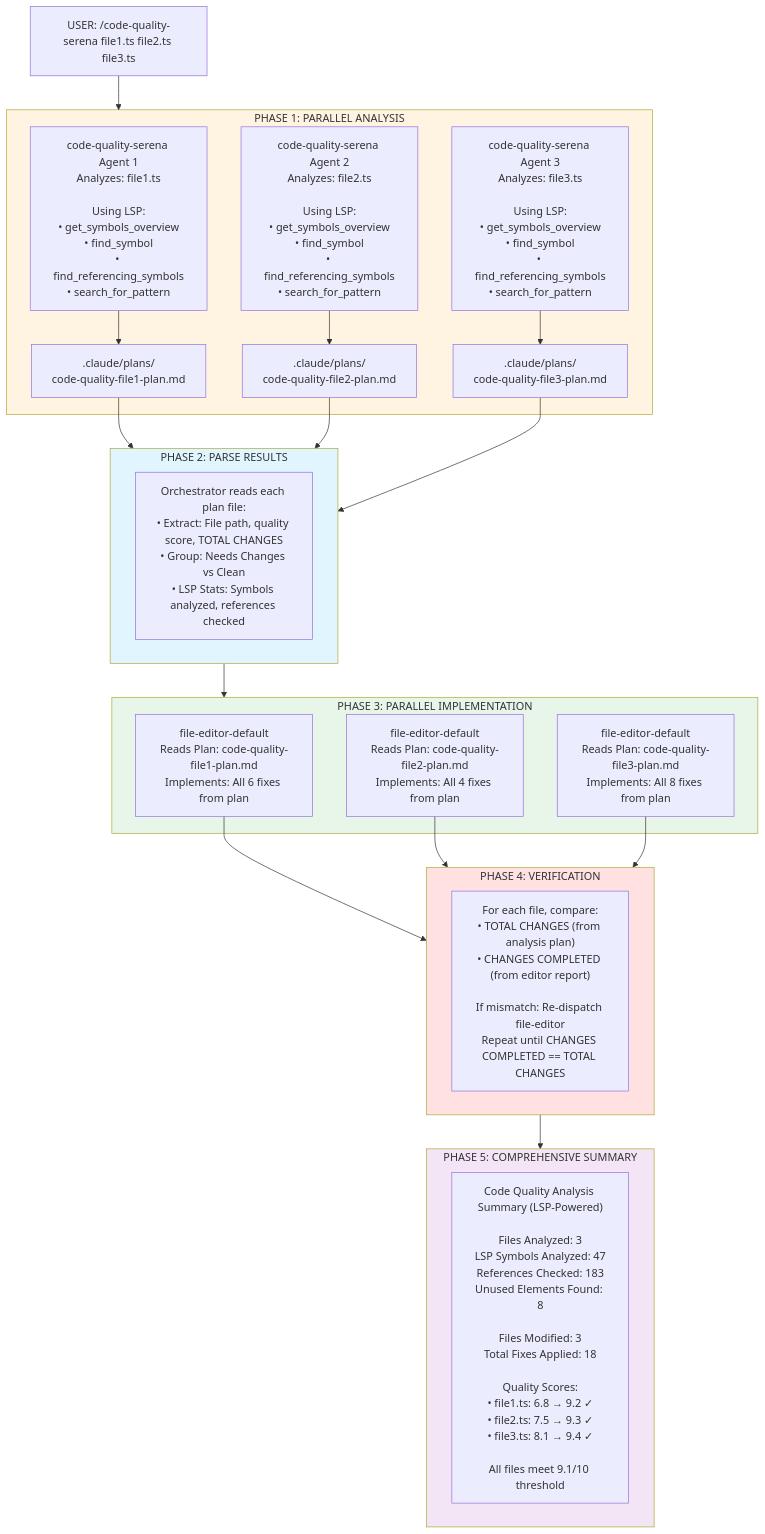
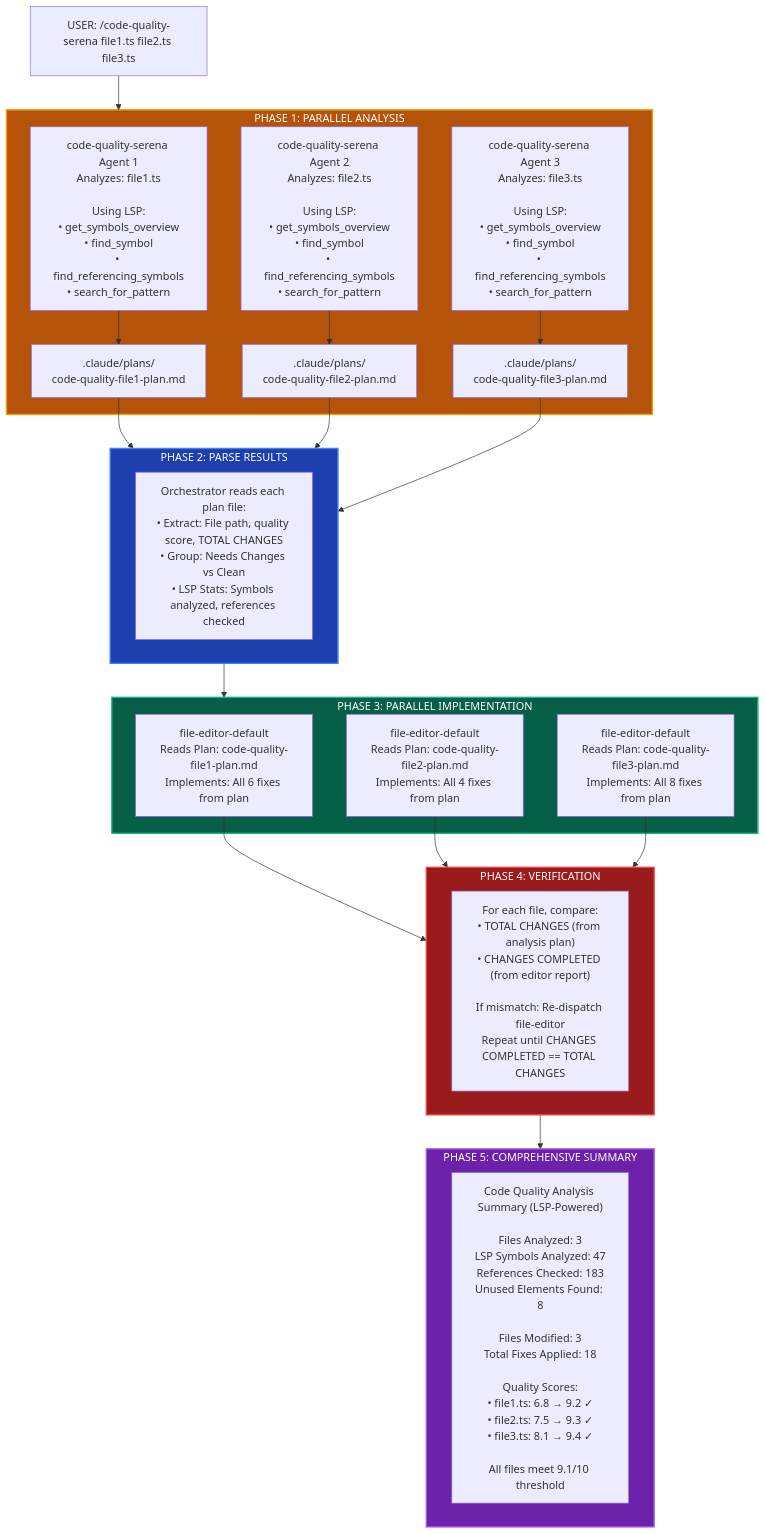
Before and after one commit to GantisStorm/essentials-claude-code: the second of 2 diagrams in README.md, drawn with Mermaid. The commit also changed other lines of this file, not shown here.

Commit message:
Update Mermaid diagram colors for dark mode GitHub compatibility
- Use darker, saturated colors that work on both light and dark mode
- Add white text (color:#fff) for all subgraphs - no light-on-light issues
- Add colored borders (stroke) with 2px width for better definition
- Color scheme:
  • Blue (#1e40af): Commands/Phase 2
  • Amber (#b45309): Agents/Phase 1
  • Green (#065f46): Execution/Phase 3
  • Red (#991b1b): Phase 4 (verification)
  • Purple (#6b21a8): Phase 5 (summary)
- All colors tested for readability on both GitHub themes

🤖 Generated with [Claude Code](https://claude.com/claude-code)

````diff
--- a/README.md
+++ b/README.md
@@ -280,50 +280,50 @@
 ```mermaid
 flowchart TD
     user["USER: /code-quality-serena file1.ts file2.ts file3.ts"]
 
     subgraph phase1["PHASE 1: PARALLEL ANALYSIS"]
         agent1["code-quality-serena Agent 1<br/>Analyzes: file1.ts<br/><br/>Using LSP:<br/>• get_symbols_overview<br/>• find_symbol<br/>• find_referencing_symbols<br/>• search_for_pattern"]
         agent2["code-quality-serena Agent 2<br/>Analyzes: file2.ts<br/><br/>Using LSP:<br/>• get_symbols_overview<br/>• find_symbol<br/>• find_referencing_symbols<br/>• search_for_pattern"]
         agent3["code-quality-serena Agent 3<br/>Analyzes: file3.ts<br/><br/>Using LSP:<br/>• get_symbols_overview<br/>• find_symbol<br/>• find_referencing_symbols<br/>• search_for_pattern"]
         plan1[".claude/plans/<br/>code-quality-file1-plan.md"]
         plan2[".claude/plans/<br/>code-quality-file2-plan.md"]
         plan3[".claude/plans/<br/>code-quality-file3-plan.md"]
     end
 
     subgraph phase2["PHASE 2: PARSE RESULTS"]
         parse["Orchestrator reads each plan file:<br/>• Extract: File path, quality score, TOTAL CHANGES<br/>• Group: Needs Changes vs Clean<br/>• LSP Stats: Symbols analyzed, references checked"]
     end
 
     subgraph phase3["PHASE 3: PARALLEL IMPLEMENTATION"]
         editor1["file-editor-default<br/>Reads Plan: code-quality-file1-plan.md<br/>Implements: All 6 fixes from plan"]
         editor2["file-editor-default<br/>Reads Plan: code-quality-file2-plan.md<br/>Implements: All 4 fixes from plan"]
         editor3["file-editor-default<br/>Reads Plan: code-quality-file3-plan.md<br/>Implements: All 8 fixes from plan"]
     end
 
     subgraph phase4["PHASE 4: VERIFICATION"]
         verify["For each file, compare:<br/>• TOTAL CHANGES (from analysis plan)<br/>• CHANGES COMPLETED (from editor report)<br/><br/>If mismatch: Re-dispatch file-editor<br/>Repeat until CHANGES COMPLETED == TOTAL CHANGES"]
     end
 
     subgraph phase5["PHASE 5: COMPREHENSIVE SUMMARY"]
         summary["Code Quality Analysis Summary (LSP-Powered)<br/><br/>Files Analyzed: 3<br/>LSP Symbols Analyzed: 47<br/>References Checked: 183<br/>Unused Elements Found: 8<br/><br/>Files Modified: 3<br/>Total Fixes Applied: 18<br/><br/>Quality Scores:<br/>• file1.ts: 6.8 → 9.2 ✓<br/>• file2.ts: 7.5 → 9.3 ✓<br/>• file3.ts: 8.1 → 9.4 ✓<br/><br/>All files meet 9.1/10 threshold"]
     end
 
     user --> phase1
     agent1 --> plan1
     agent2 --> plan2
     agent3 --> plan3
     plan1 --> phase2
     plan2 --> phase2
     plan3 --> phase2
     phase2 --> phase3
     editor1 --> phase4
     editor2 --> phase4
     editor3 --> phase4
     phase4 --> phase5
 
-    style phase1 fill:#fff4e1
-    style phase2 fill:#e1f5ff
-    style phase3 fill:#e8f5e9
-    style phase4 fill:#ffe1e1
-    style phase5 fill:#f3e5f5
+    style phase1 fill:#b45309,stroke:#f59e0b,stroke-width:2px,color:#fff
+    style phase2 fill:#1e40af,stroke:#3b82f6,stroke-width:2px,color:#fff
+    style phase3 fill:#065f46,stroke:#10b981,stroke-width:2px,color:#fff
+    style phase4 fill:#991b1b,stroke:#ef4444,stroke-width:2px,color:#fff
+    style phase5 fill:#6b21a8,stroke:#a855f7,stroke-width:2px,color:#fff
 ```
````
